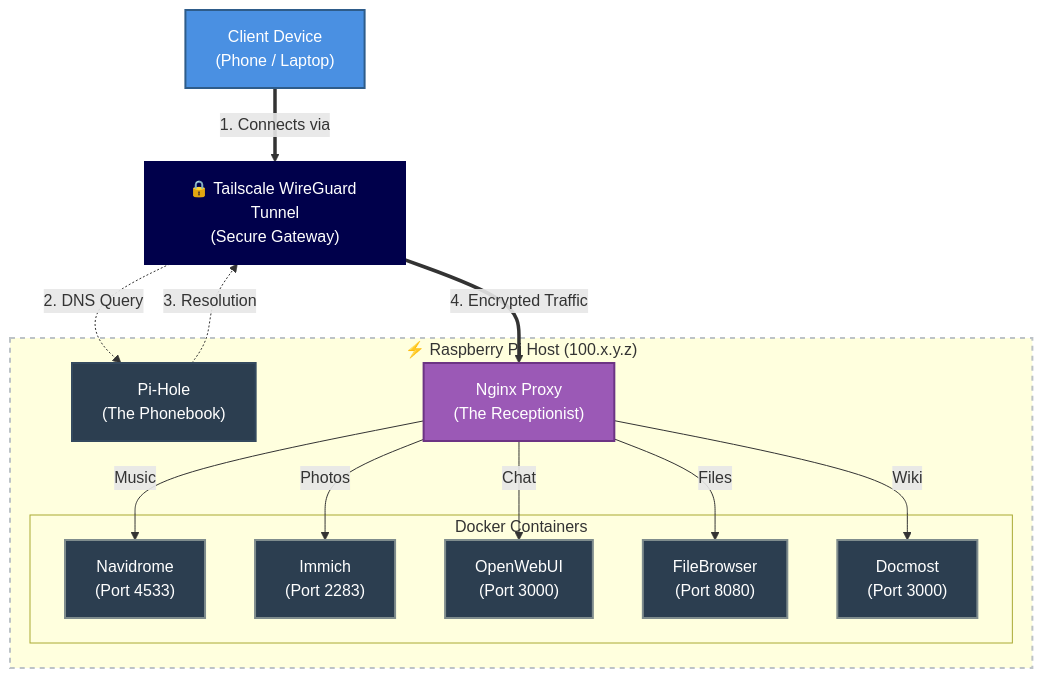
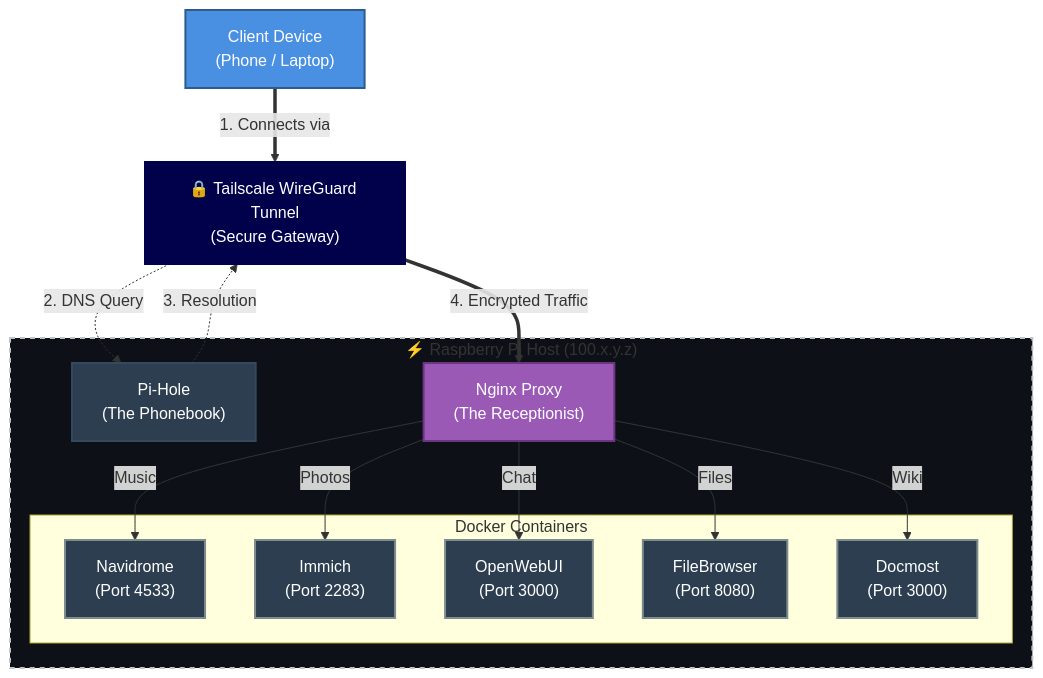
Before and after one commit to spaceadler/homelab: the diagram in README.md, drawn with Mermaid.

````diff
--- a/README.md
+++ b/README.md
@@ -55,65 +55,65 @@
 ```mermaid
 graph TD
 %% --- STYLING DEFINITIONS ---
     
     %% CLIENT (The User Device) -> Currently Bright Blue
     %% fill: Background Color | stroke: Border Color | color: Text Color
     classDef client fill:#4A90E2,stroke:#2E5C8A,stroke-width:2px,color:#fff;
 
     %% DNS (Pi-Hole) -> Currently Dark Navy/Grey
     classDef dns fill:#2C3E50,stroke:#34495E,stroke-width:2px,color:#fff;
 
     %% PROXY (Nginx) -> Currently Purple
     classDef proxy fill:#9B59B6,stroke:#6C3483,stroke-width:2px,color:#fff;
 
     %% SERVICES (The Containers) -> Currently Light Grey/White
     classDef service fill:#2C3E50,stroke:#7F8C8D,stroke-width:2px,color:#fff;
 
     %% VPN (The Tailscale Box) -> Currently Deep Midnight Blue
     classDef vpn fill:#00004B,stroke:#00004B,stroke-width:2px,color:#fff; 
 
     %% HOST (The Raspberry Pi Box) -> Currently White with Dashed Border
-    classDef host fill:##0D1117,stroke:#BDC3C7,stroke-width:2px,stroke-dasharray: 5 5;
+    classDef host fill:#0D1117,stroke:#BDC3C7,stroke-width:2px,stroke-dasharray: 5 5;
 
     %% NODES
     User["Client Device<br/>(Phone / Laptop)"]:::client
     
     %% THE VPN TUNNEL (The Box the phone goes through)
     VPN["🔒 Tailscale WireGuard Tunnel<br/>(Secure Gateway)"]:::vpn
 
     subgraph Host [" ⚡ Raspberry Pi Host (100.x.y.z) "]
         
         PiHole["Pi-Hole<br/>(The Phonebook)"]:::dns
         Nginx["Nginx Proxy<br/>(The Receptionist)"]:::proxy
         
         subgraph Containers [" Docker Containers "]
             Music["Navidrome<br/>(Port 4533)"]:::service
             Immich["Immich<br/>(Port 2283)"]:::service
             AI["OpenWebUI<br/>(Port 3000)"]:::service
             Files["FileBrowser<br/>(Port 8080)"]:::service
             Docs["Docmost<br/>(Port 3000)"]:::service
         end
     end
 
     %% LOGIC FLOW
     
     %% Step 1: The Secure Connection
     User ==>|"1. Connects via"| VPN
 
     %% Step 2: DNS (Through the Tunnel)
     VPN -.->|"2. DNS Query"| PiHole
     PiHole -.->|"3. Resolution"| VPN
 
     %% Step 3: Traffic (Through the Tunnel to Nginx)
     VPN ==>|"4. Encrypted Traffic"| Nginx
 
     %% Step 4: Internal Routing
     Nginx -->|"Music"| Music
     Nginx -->|"Photos"| Immich
     Nginx -->|"Chat"| AI
     Nginx -->|"Files"| Files
     Nginx -->|"Wiki"| Docs
 
     %% Style the Host box
     class Host host;
 ```
````
